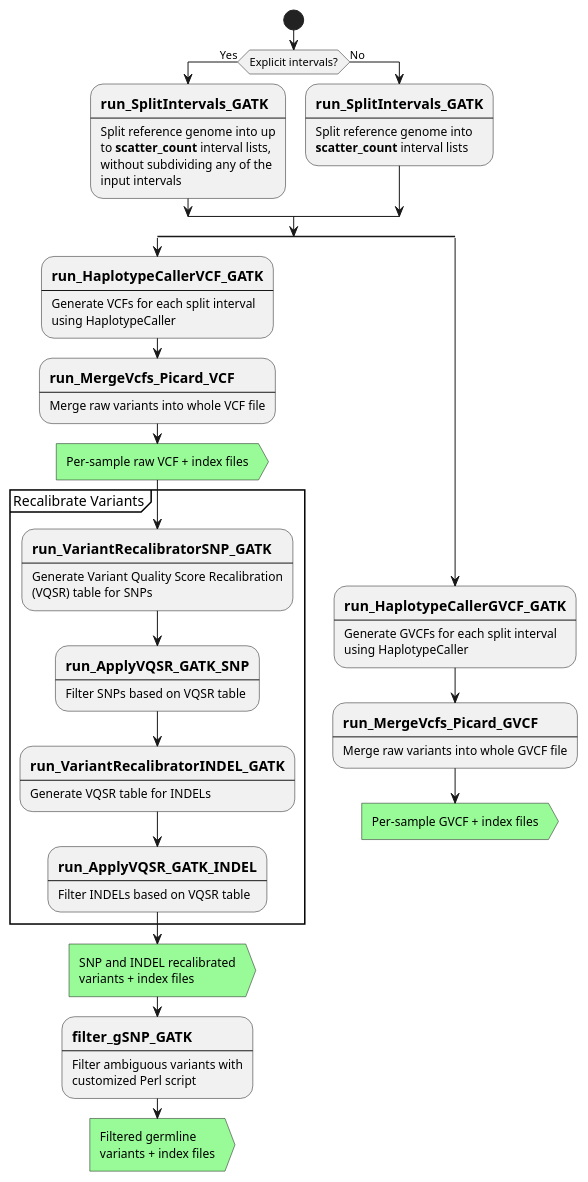
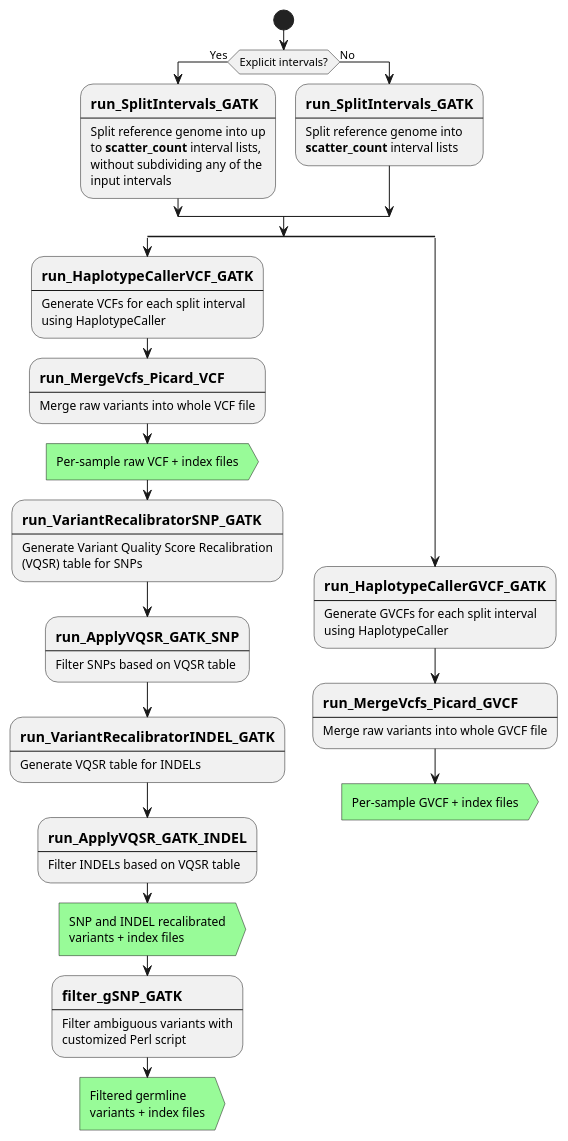
The diagram in docs/call-gsnp-flow.puml (uclahs-cds/pipeline-call-gSNP), drawn with PlantUML before and after one commit.

Commit message:
Remove partition

```diff
--- a/docs/call-gsnp-flow.puml
+++ b/docs/call-gsnp-flow.puml
@@ -1,85 +1,81 @@
 @startuml
 
 skinparam ConditionEndStyle hline
 
 start
 
 if (Explicit intervals?) is (Yes) then
     :==run_SplitIntervals_GATK
     ----
     Split reference genome into up
     to **scatter_count** interval lists,
     without subdividing any of the
     input intervals;
 else (No)
     :==run_SplitIntervals_GATK
     ----
     Split reference genome into
     **scatter_count** interval lists;
 endif
 
 split
 
 :==run_HaplotypeCallerVCF_GATK
 ----
 Generate VCFs for each split interval
 using HaplotypeCaller;
 
 :==run_MergeVcfs_Picard_VCF
 ----
 Merge raw variants into whole VCF file;
 
 #palegreen:Per-sample raw VCF + index files; <<output>>
 
-partition "Recalibrate Variants" {
-
 :==run_VariantRecalibratorSNP_GATK
 ----
 Generate Variant Quality Score Recalibration
 (VQSR) table for SNPs;
 
 :==run_ApplyVQSR_GATK_SNP
 ----
 Filter SNPs based on VQSR table;
 
 :==run_VariantRecalibratorINDEL_GATK
 ----
 Generate VQSR table for INDELs;
 
 :==run_ApplyVQSR_GATK_INDEL
 ----
 Filter INDELs based on VQSR table;
-
-}
 
 #palegreen:SNP and INDEL recalibrated
 variants + index files; <<output>>
 
 :==filter_gSNP_GATK
 ----
 Filter ambiguous variants with
 customized Perl script;
 
 #palegreen:Filtered germline
 variants + index files; <<output>>
 
 detach
 
 split again
 
 :==run_HaplotypeCallerGVCF_GATK
 ----
 Generate GVCFs for each split interval
 using HaplotypeCaller;
 
 :==run_MergeVcfs_Picard_GVCF
 ----
 Merge raw variants into whole GVCF file;
 
 #palegreen:Per-sample GVCF + index files; <<output>>
+
 detach
 
 endsplit
 
-
 @enduml
```
